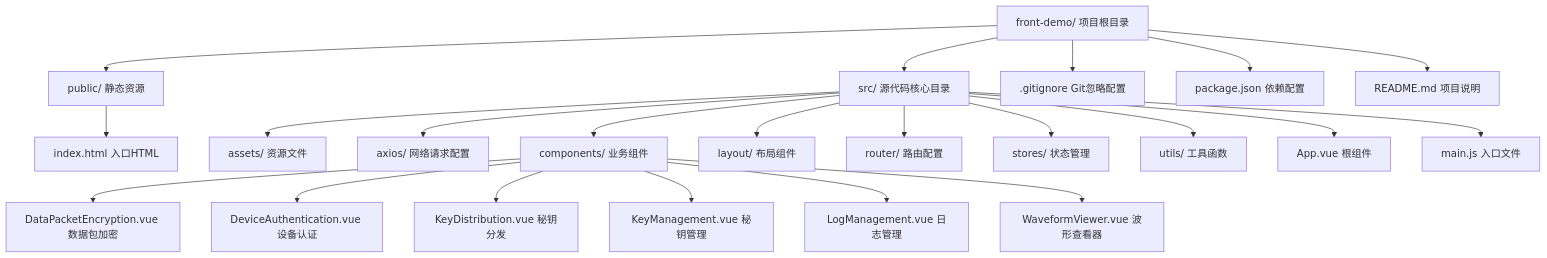
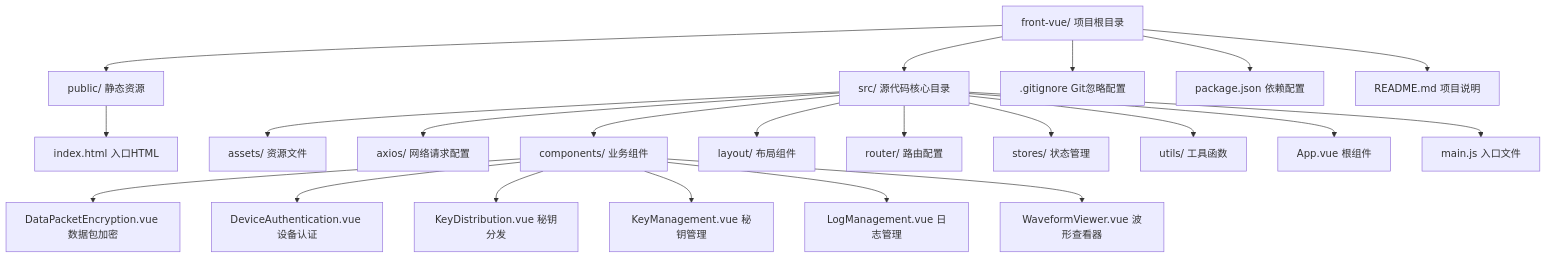
One commit to njingdan/front-vue changed the diagram in README.md. Above: the diagram before and after it, drawn with Mermaid.

````diff
--- a/README.md
+++ b/README.md
@@ -49,28 +49,28 @@
 ```mermaid
 graph TD
-    root[front-demo/ 项目根目录]
+    root[front-vue/ 项目根目录]
     root --> public[public/ 静态资源]
     public --> indexhtml[index.html 入口HTML]
     
     root --> src[src/ 源代码核心目录]
     src --> assets[assets/ 资源文件]
     src --> axios[axios/ 网络请求配置]
     src --> components[components/ 业务组件]
     components --> c1[DataPacketEncryption.vue 数据包加密]
     components --> c2[DeviceAuthentication.vue 设备认证]
     components --> c3[KeyDistribution.vue 秘钥分发]
     components --> c4[KeyManagement.vue 秘钥管理]
     components --> c5[LogManagement.vue 日志管理]
     components --> c6[WaveformViewer.vue 波形查看器]
     
     src --> layout[layout/ 布局组件]
     src --> router[router/ 路由配置]
     src --> stores[stores/ 状态管理]
     src --> utils[utils/ 工具函数]
     src --> app[App.vue 根组件]
     src --> main[main.js 入口文件]
     
     root --> gitignore[.gitignore Git忽略配置]
     root --> package[package.json 依赖配置]
     root --> readme[README.md 项目说明]
 ```
````
